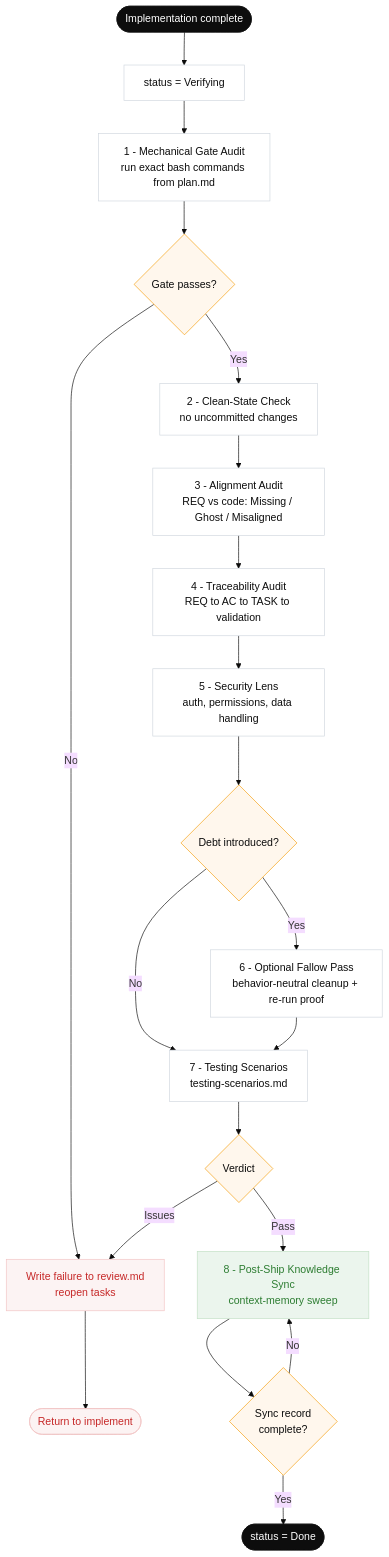
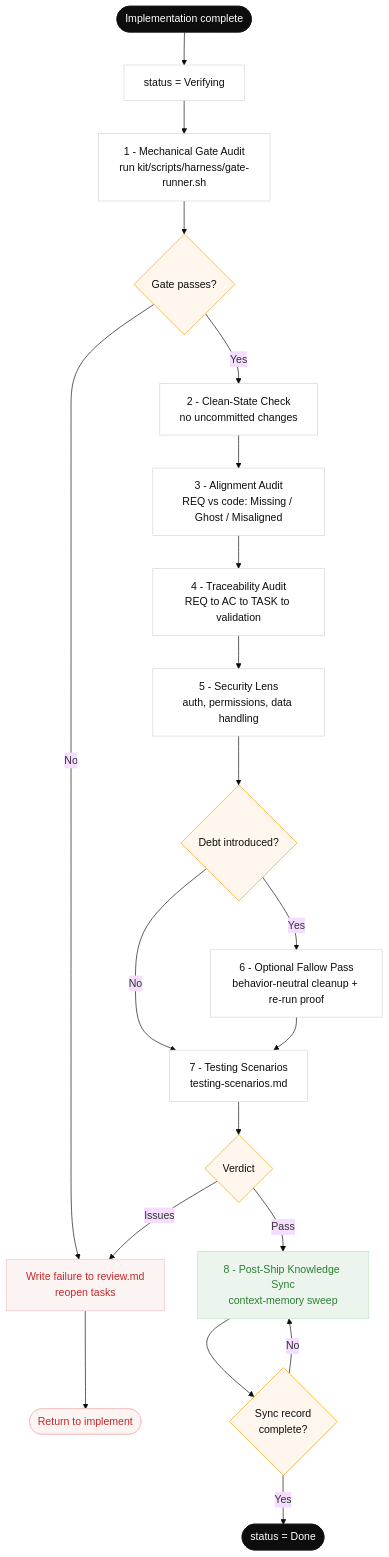
One commit to thaihai-swe/CoreZero-Nexus changed the diagram in documents/evals.md. Above: the diagram before and after it, drawn with Mermaid (base theme). The commit also changed other lines of this file and 95 other files, not shown here.

````diff
--- a/documents/evals.md
+++ b/documents/evals.md
@@ -22,39 +25,39 @@
 ```mermaid
 flowchart TD
     %% Verification Gate — split modes, sole completion authority
 
     START([Implementation complete]) --> PHASE[status = Verifying]
-    PHASE --> GATE[1 - Mechanical Gate Audit<br/>run exact bash commands from plan.md]
+    PHASE --> GATE[1 - Mechanical Gate Audit<br/>run kit/scripts/harness/gate-runner.sh]
 
     GATE --> GPASS{Gate passes?}
     GPASS -- No --> FAIL[Write failure to review.md<br/>reopen tasks]
     FAIL --> STOPF([Return to implement])
     GPASS -- Yes --> CLEAN[2 - Clean-State Check<br/>no uncommitted changes]
 
     CLEAN --> ALIGN[3 - Alignment Audit<br/>REQ vs code: Missing / Ghost / Misaligned]
     ALIGN --> TRACE[4 - Traceability Audit<br/>REQ to AC to TASK to validation]
     TRACE --> SEC[5 - Security Lens<br/>auth, permissions, data handling]
     SEC --> FALLOW{Debt introduced?}
     FALLOW -- Yes --> CLEANUP[6 - Optional Fallow Pass<br/>behavior-neutral cleanup + re-run proof]
     FALLOW -- No --> SCEN
     CLEANUP --> SCEN[7 - Testing Scenarios<br/>testing-scenarios.md]
 
     SCEN --> VERDICT{Verdict}
     VERDICT -- Issues --> FAIL
     VERDICT -- Pass --> SYNC[8 - Post-Ship Knowledge Sync<br/>context-memory sweep]
     SYNC --> SYNCOK{Sync record<br/>complete?}
     SYNCOK -- No --> SYNC
     SYNCOK -- Yes --> DONE([status = Done])
 
     classDef terminal fill:#0d0d0d,stroke:#0d0d0d,color:#fff
     classDef decision fill:#fff7ed,stroke:#f59e0b,color:#0d0d0d
     classDef step fill:#fff,stroke:#d0d7de,color:#0d0d0d
     classDef fail fill:#fcf3f3,stroke:#f2c4c4,color:#c62828
     classDef pass fill:#ebf5ed,stroke:#c3e0c5,color:#2d7d32
 
     class START,DONE terminal
     class GPASS,FALLOW,VERDICT,SYNCOK decision
     class PHASE,GATE,CLEAN,ALIGN,TRACE,SEC,CLEANUP,SCEN step
     class FAIL,STOPF fail
     class SYNC pass
 ```
````
